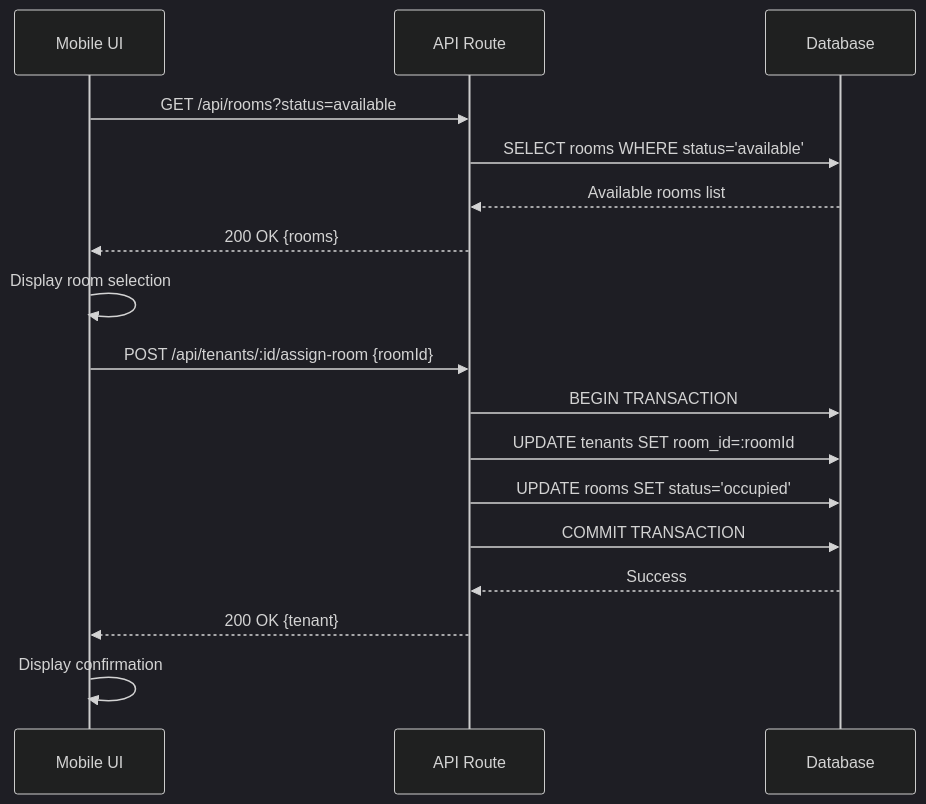
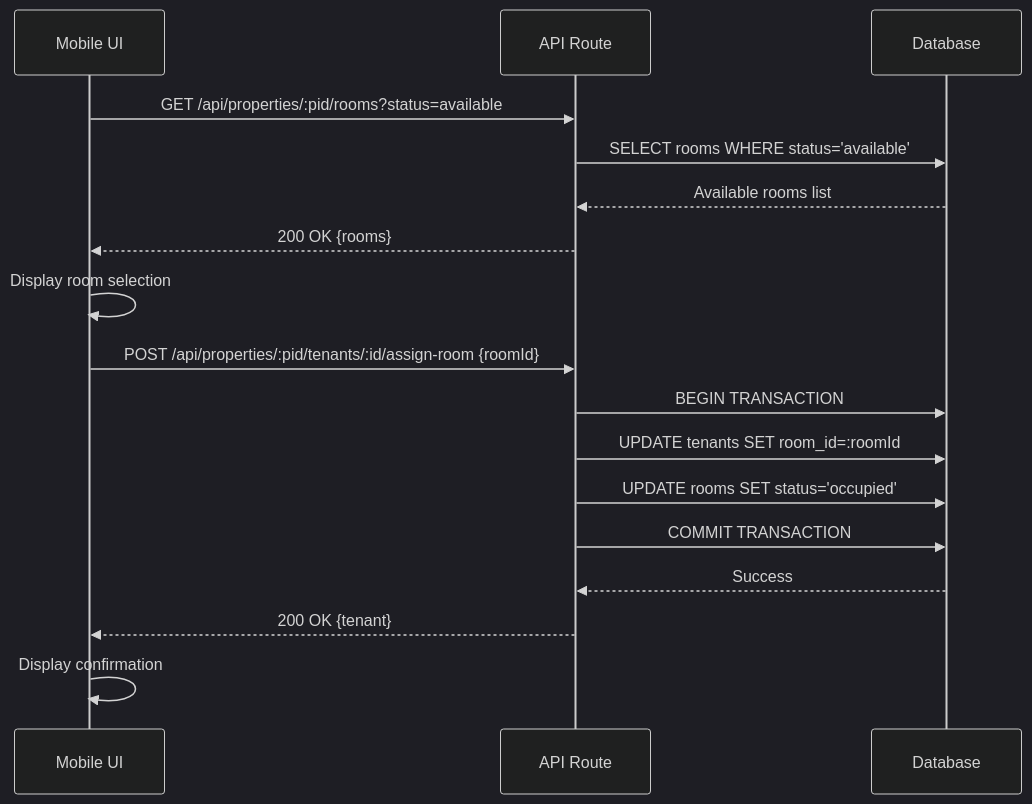
The fourth of 4 diagrams in specs/tenant-room-basics/design.md (ahmadfadhil621/e-kost), drawn with Mermaid (dark theme) before and after one commit. The commit also changed other lines of this file and 14 other files, not shown here.

````diff
--- a/specs/tenant-room-basics/design.md
+++ b/specs/tenant-room-basics/design.md
@@ -83,20 +83,20 @@
 ```mermaid
 sequenceDiagram
     participant UI as Mobile UI
     participant API as API Route
     participant DB as Database
     
-    UI->>API: GET /api/rooms?status=available
+    UI->>API: GET /api/properties/:pid/rooms?status=available
     API->>DB: SELECT rooms WHERE status='available'
     DB-->>API: Available rooms list
     API-->>UI: 200 OK {rooms}
     UI->>UI: Display room selection
-    UI->>API: POST /api/tenants/:id/assign-room {roomId}
+    UI->>API: POST /api/properties/:pid/tenants/:id/assign-room {roomId}
     API->>DB: BEGIN TRANSACTION
     API->>DB: UPDATE tenants SET room_id=:roomId
     API->>DB: UPDATE rooms SET status='occupied'
     API->>DB: COMMIT TRANSACTION
     DB-->>API: Success
     API-->>UI: 200 OK {tenant}
     UI->>UI: Display confirmation
 ```
````
